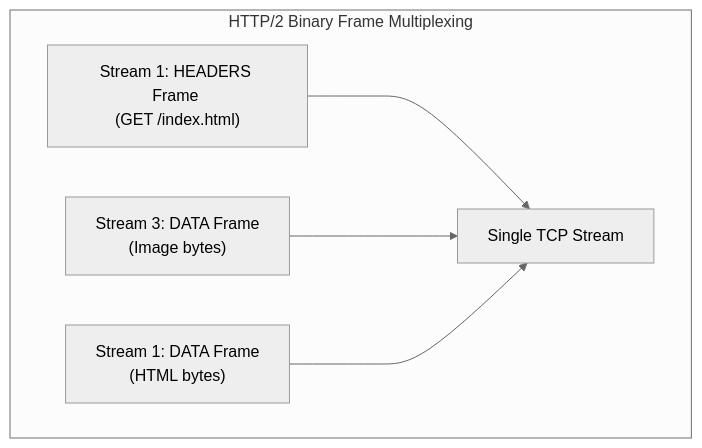
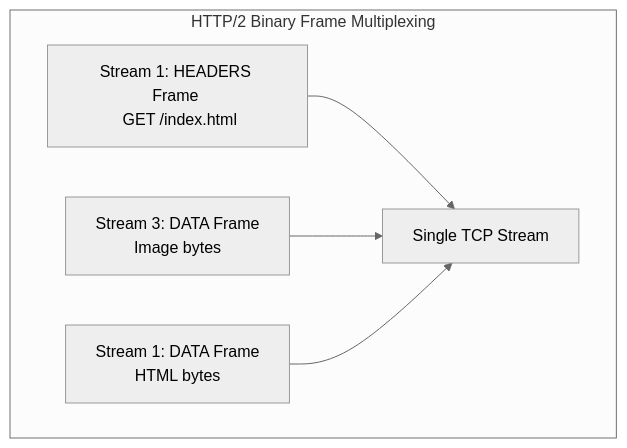
Diagram 13 of 14 in content/networking.md (awoladhossain/awolad-docs), drawn with Mermaid (neutral theme) before and after one commit. The commit also changed other lines of this file, not shown here.

Commit message:
fix: resolve all Mermaid diagram syntax and parsing errors in networking.md

````diff
--- a/content/networking.md
+++ b/content/networking.md
@@ -514,9 +510,9 @@
 ```mermaid
 flowchart LR
-    subgraph RequestAsFrames [HTTP/2 Binary Frame Multiplexing]
+    subgraph RequestAsFrames ["HTTP/2 Binary Frame Multiplexing"]
         direction LR
-        Frame1["Stream 1: HEADERS Frame <br>(GET /index.html)"] ---> TCPStream["Single TCP Stream"]
-        Frame2["Stream 3: DATA Frame <br>(Image bytes)"] ---> TCPStream
-        Frame3["Stream 1: DATA Frame <br>(HTML bytes)"] ---> TCPStream
+        Frame1["Stream 1: HEADERS Frame <br> GET /index.html"] --> TCPStream["Single TCP Stream"]
+        Frame2["Stream 3: DATA Frame <br> Image bytes"] --> TCPStream
+        Frame3["Stream 1: DATA Frame <br> HTML bytes"] --> TCPStream
     end
 ```
````
